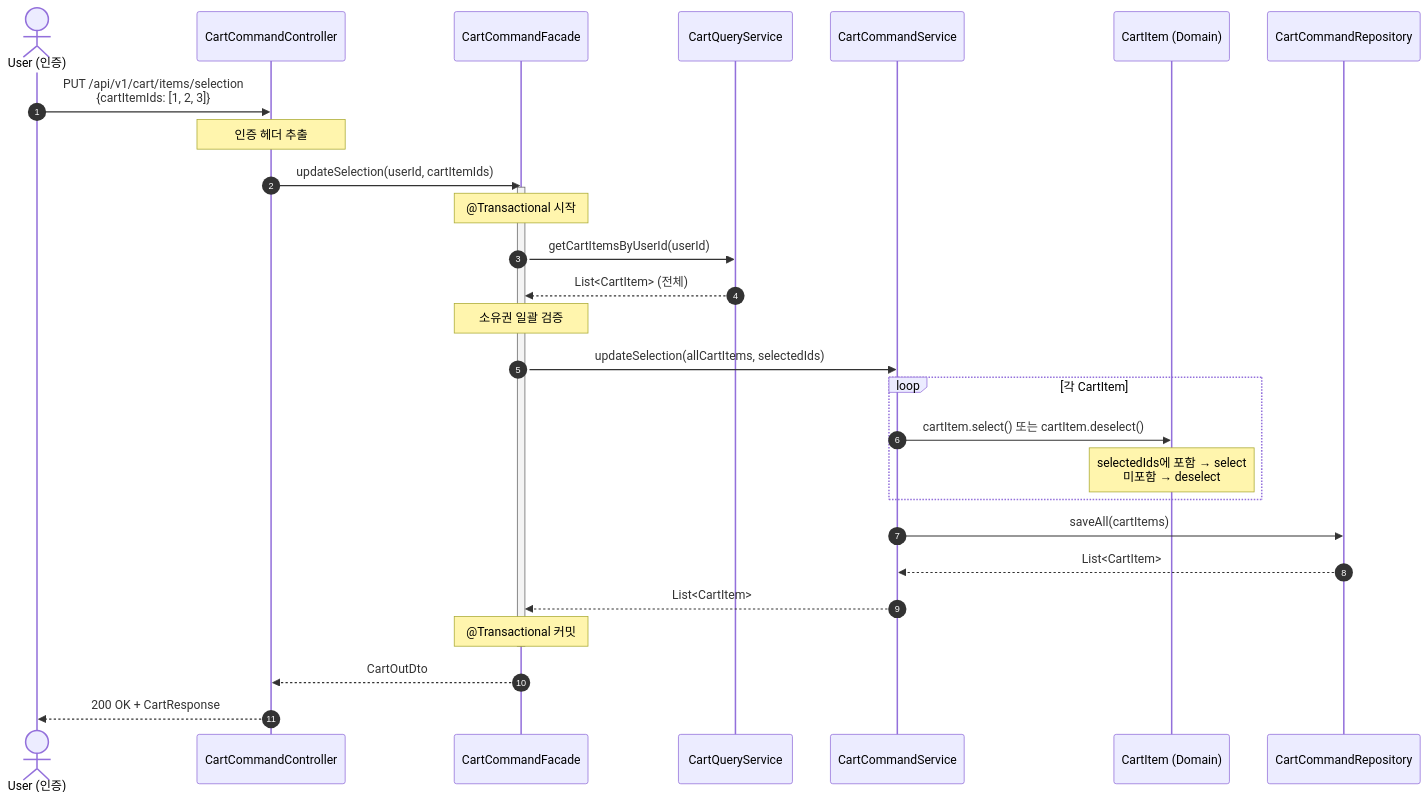
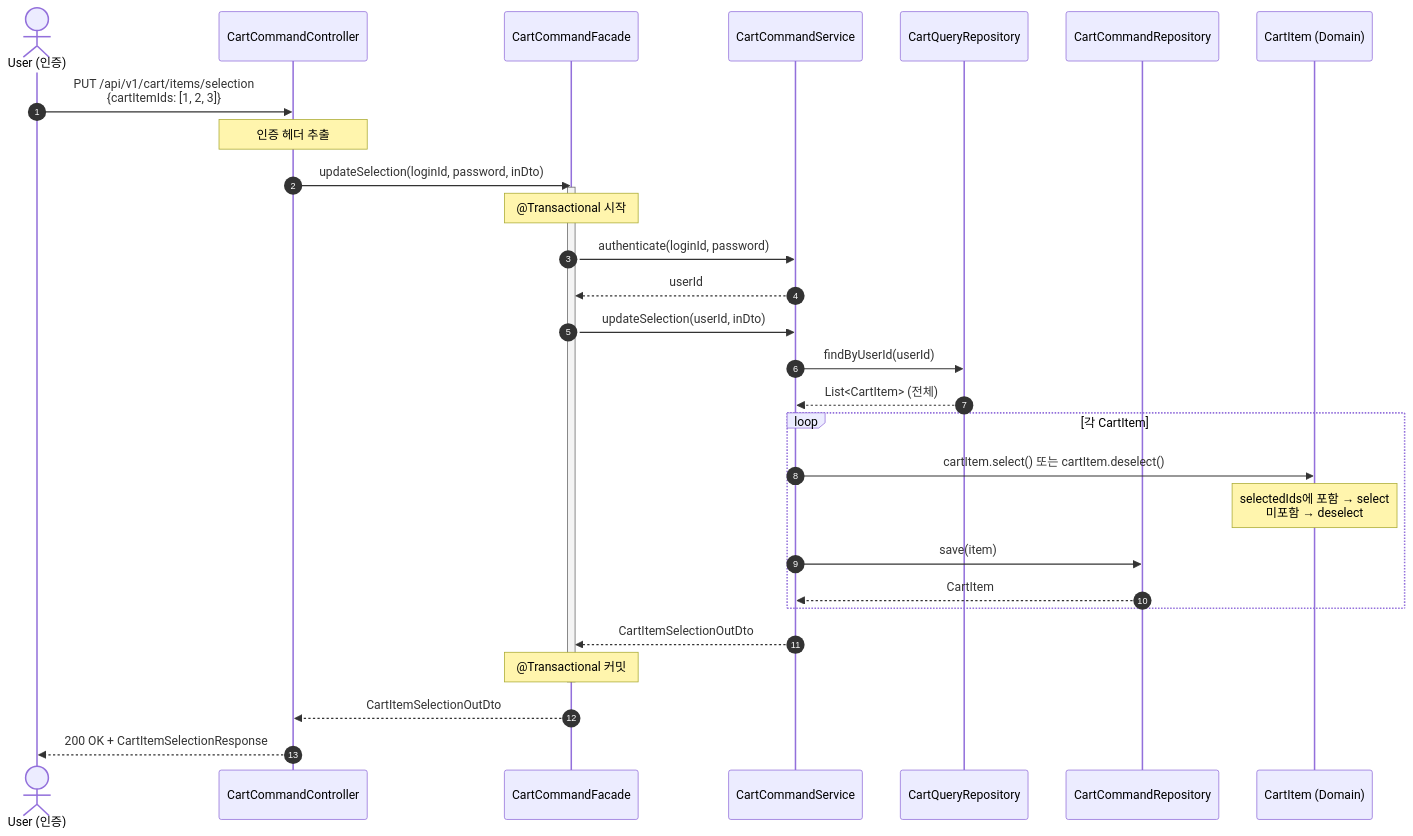
Diagram 23 of 30 in docs/design/02-sequence-diagrams.md (Hwan0518/loop-pack-be-l2-vol3-java), drawn with Mermaid before and after one commit. The commit also changed other lines of this file and 474 other files, not shown here.

````diff
--- a/docs/design/02-sequence-diagrams.md
+++ b/docs/design/02-sequence-diagrams.md
@@ -957,36 +1144,37 @@
 ```mermaid
 sequenceDiagram
     autonumber
     actor User as User (인증)
     participant Controller as CartCommandController
     participant Facade as CartCommandFacade
-    participant QService as CartQueryService
     participant Service as CartCommandService
+    participant QRepo as CartQueryRepository
+    participant CRepo as CartCommandRepository
     participant CartItem as CartItem (Domain)
-    participant Repository as CartCommandRepository
 
     User->>Controller: PUT /api/v1/cart/items/selection<br/>{cartItemIds: [1, 2, 3]}
     Note over Controller: 인증 헤더 추출
-    Controller->>Facade: updateSelection(userId, cartItemIds)
+    Controller->>Facade: updateSelection(loginId, password, inDto)
     activate Facade
     Note over Facade: @Transactional 시작
 
-    Facade->>QService: getCartItemsByUserId(userId)
-    QService-->>Facade: List<CartItem> (전체)
+    Facade->>Service: authenticate(loginId, password)
+    Service-->>Facade: userId
 
-    Note over Facade: 소유권 일괄 검증
+    Facade->>Service: updateSelection(userId, inDto)
+    Service->>QRepo: findByUserId(userId)
+    QRepo-->>Service: List<CartItem> (전체)
 
-    Facade->>Service: updateSelection(allCartItems, selectedIds)
     loop 각 CartItem
         Service->>CartItem: cartItem.select() 또는 cartItem.deselect()
         Note over CartItem: selectedIds에 포함 → select<br/>미포함 → deselect
+        Service->>CRepo: save(item)
+        CRepo-->>Service: CartItem
     end
-    Service->>Repository: saveAll(cartItems)
-    Repository-->>Service: List<CartItem>
-    Service-->>Facade: List<CartItem>
+    Service-->>Facade: CartItemSelectionOutDto
 
     Note over Facade: @Transactional 커밋
     deactivate Facade
-    Facade-->>Controller: CartOutDto
-    Controller-->>User: 200 OK + CartResponse
+    Facade-->>Controller: CartItemSelectionOutDto
+    Controller-->>User: 200 OK + CartItemSelectionResponse
 ```
````
